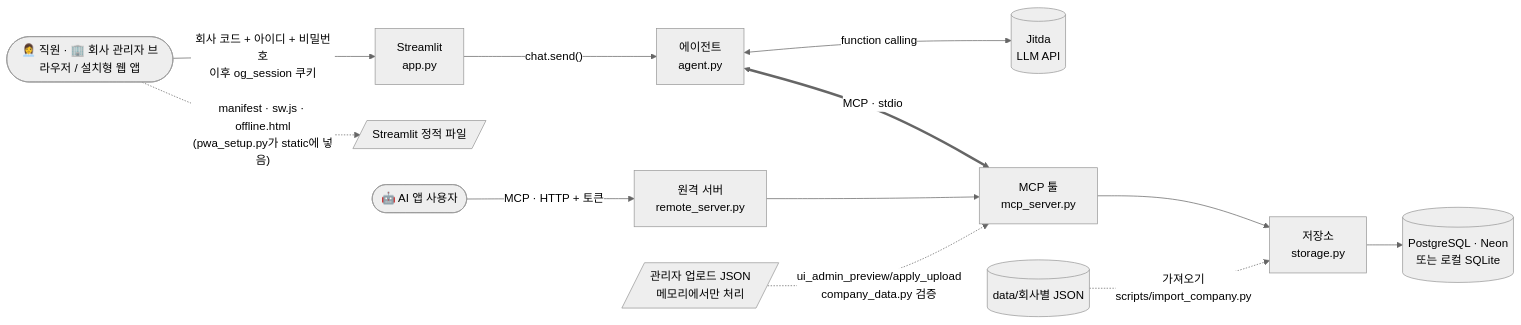
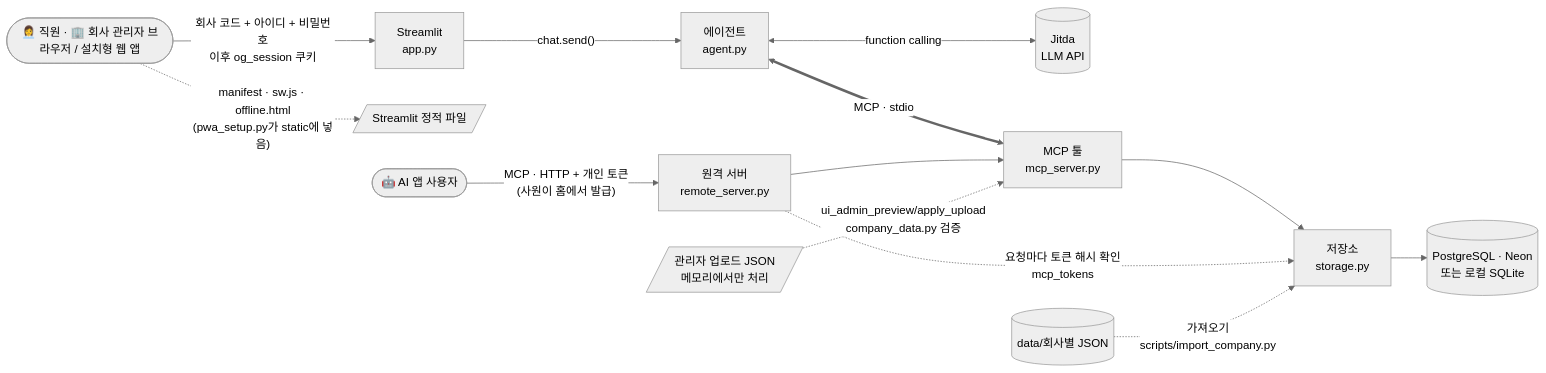
The first of 2 diagrams in docs/architecture.md (Byun-Gwan-Young/OG), drawn with Mermaid (neutral theme) before and after one commit. The commit also changed other lines of this file and 7 other files, not shown here.

````diff
--- a/docs/architecture.md
+++ b/docs/architecture.md
@@ -7,14 +7,15 @@
 ```mermaid
 flowchart LR
     E([👩‍💼 직원 · 🏢 회사 관리자 브라우저 / 설치형 웹 앱]) -->|"회사 코드 + 아이디 + 비밀번호<br/>이후 og_session 쿠키"| UI[Streamlit<br/>app.py]
     E -.->|"manifest · sw.js · offline.html<br/>(pwa_setup.py가 static에 넣음)"| PW[/Streamlit 정적 파일/]
     UI -->|"chat.send()"| AG[에이전트<br/>agent.py]
     AG <-->|function calling| LLM[(Jitda<br/>LLM API)]
     AG <==>|MCP · stdio| SV[MCP 툴<br/>mcp_server.py]
-    A([🤖 AI 앱 사용자]) -->|"MCP · HTTP + 토큰"| RS[원격 서버<br/>remote_server.py]
+    A([🤖 AI 앱 사용자]) -->|"MCP · HTTP + 개인 토큰<br/>(사원이 홈에서 발급)"| RS[원격 서버<br/>remote_server.py]
     RS --> SV
     SV --> ST[저장소<br/>storage.py]
     ST --> DB[(PostgreSQL · Neon<br/>또는 로컬 SQLite)]
+    RS -.->|"요청마다 토큰 해시 확인<br/>mcp_tokens"| ST
     D[(data/회사별 JSON)] -.->|"가져오기<br/>scripts/import_company.py"| ST
     UP[/관리자 업로드 JSON<br/>메모리에서만 처리/] -.->|"ui_admin_preview/apply_upload<br/>company_data.py 검증"| SV
 ```
````
